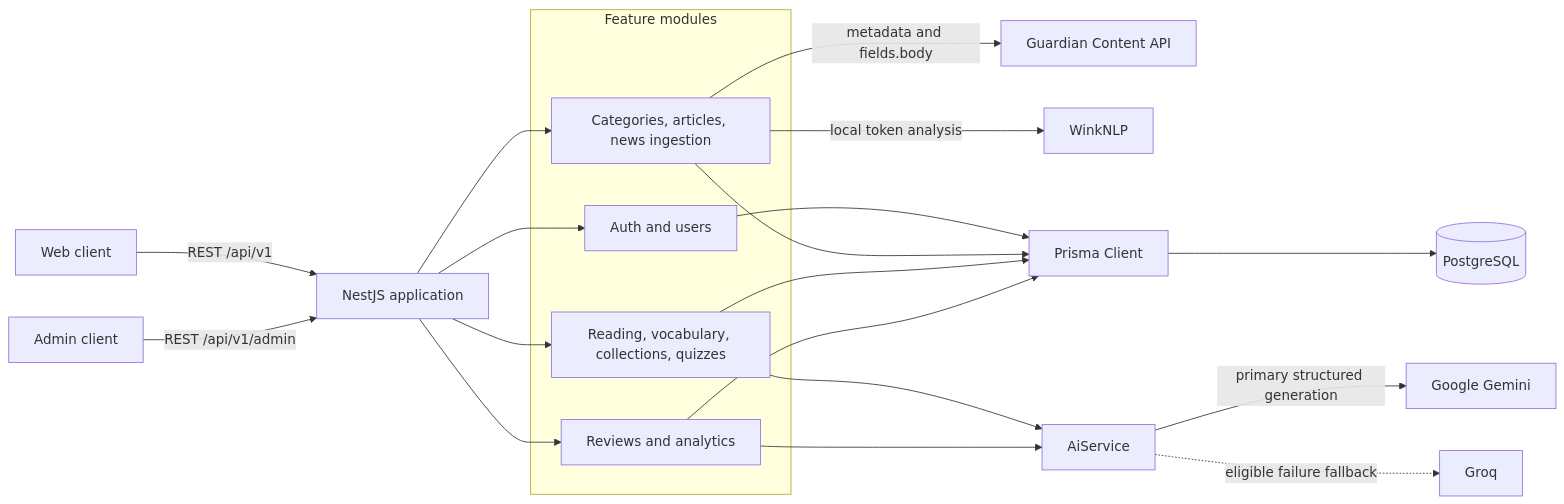
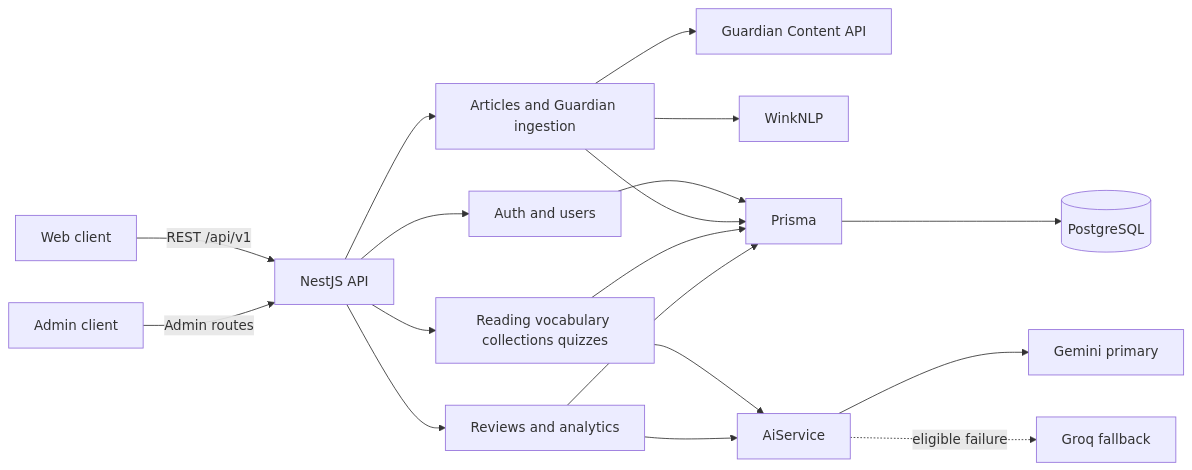
One commit to gminh715/vocab-mate-backend changed the first of 4 diagrams in README.md. Above: the diagram before and after it, drawn with Mermaid. The commit also changed other lines of this file, not shown here.

````diff
--- a/README.md
+++ b/README.md
@@ -32,30 +28,23 @@
 ```mermaid
 flowchart LR
-    Browser[Web client] -->|REST /api/v1| API[NestJS application]
-    Admin[Admin client] -->|REST /api/v1/admin| API
+    Client[Web client] -->|REST /api/v1| API[NestJS API]
+    Admin[Admin client] -->|Admin routes| API
 
-    subgraph Modules[Feature modules]
-        Auth[Auth and users]
-        Content[Categories, articles, news ingestion]
-        Learning[Reading, vocabulary, collections, quizzes]
-        Review[Reviews and analytics]
-    end
+    API --> Auth[Auth and users]
+    API --> Content[Articles and Guardian ingestion]
+    API --> Learning[Reading vocabulary collections quizzes]
+    API --> Review[Reviews and analytics]
 
-    API --> Auth
-    API --> Content
-    API --> Learning
-    API --> Review
-
-    Content -->|metadata and fields.body| Guardian[Guardian Content API]
-    Content -->|local token analysis| Wink[WinkNLP]
+    Content --> Guardian[Guardian Content API]
+    Content --> Wink[WinkNLP]
     Learning --> AI[AiService]
     Review --> AI
-    AI -->|primary structured generation| Gemini[Google Gemini]
-    AI -. eligible failure fallback .-> Groq[Groq]
+    AI --> Gemini[Gemini primary]
+    AI -. eligible failure .-> Groq[Groq fallback]
 
-    Auth --> Prisma[Prisma Client]
+    Auth --> Prisma[Prisma]
     Content --> Prisma
     Learning --> Prisma
     Review --> Prisma
-    Prisma --> PostgreSQL[(PostgreSQL)]
+    Prisma --> Postgres[(PostgreSQL)]
 ```
````
